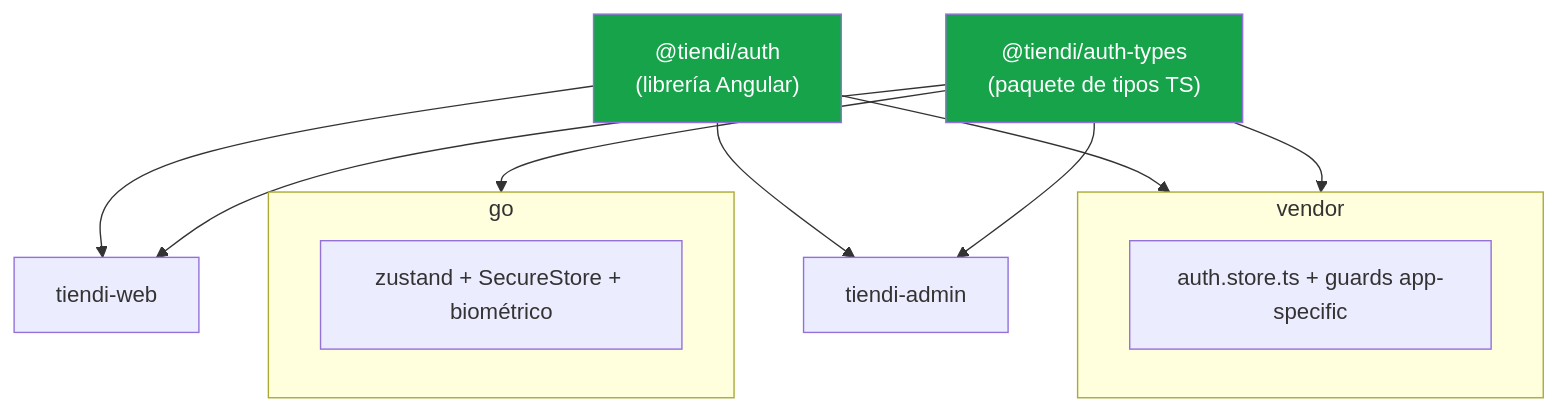
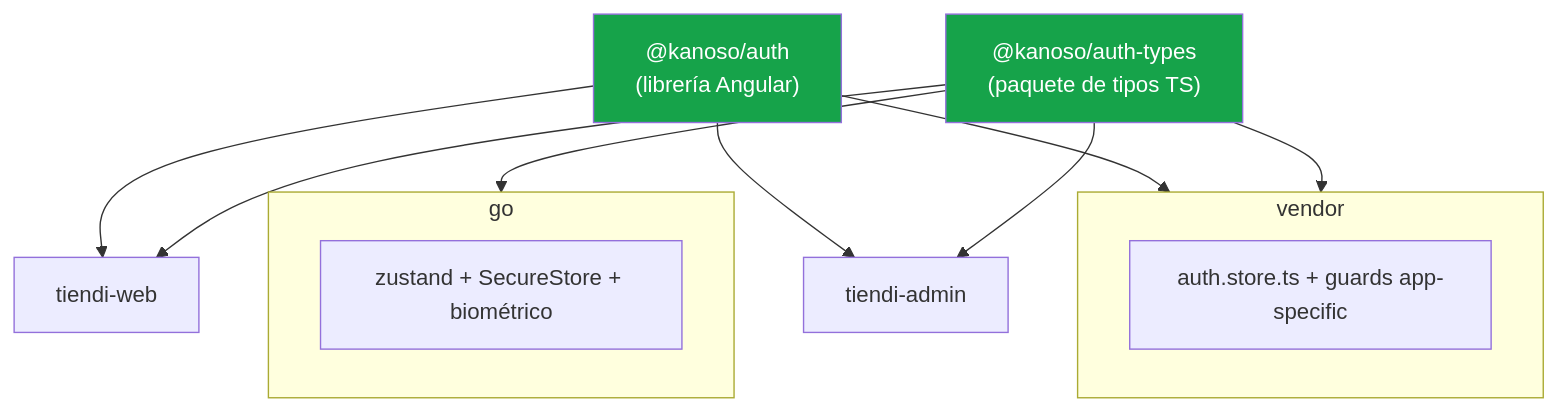
Before and after one commit to kanoso/ecommcerce-saas-sonet: the third of 3 diagrams in DOCS/AUTENTICACION.md, drawn with Mermaid. The commit also changed other lines of this file, not shown here.

First line of the commit message:
docs(auth): cerrar Fase 3 y registrar A6 (GitHub Packages)

````diff
--- a/DOCS/AUTENTICACION.md
+++ b/DOCS/AUTENTICACION.md
@@ -261,21 +265,21 @@
 ```mermaid
 flowchart TD
-    T["@tiendi/auth-types<br/>(paquete de tipos TS)"] --> V["tiendi-vendor"]
+    T["@kanoso/auth-types<br/>(paquete de tipos TS)"] --> V["tiendi-vendor"]
     T --> W["tiendi-web"]
     T --> G["tiendi-go"]
     T --> A["tiendi-admin"]
 
-    L["@tiendi/auth<br/>(librería Angular)"] --> V
+    L["@kanoso/auth<br/>(librería Angular)"] --> V
     L --> W
     L --> A
 
     subgraph V["vendor"]
         VS["auth.store.ts + guards app-specific"]
     end
     subgraph G["go"]
         GS["zustand + SecureStore + biométrico"]
     end
 
     style T fill:#16a34a,color:#fff
     style L fill:#16a34a,color:#fff
 ```
````
